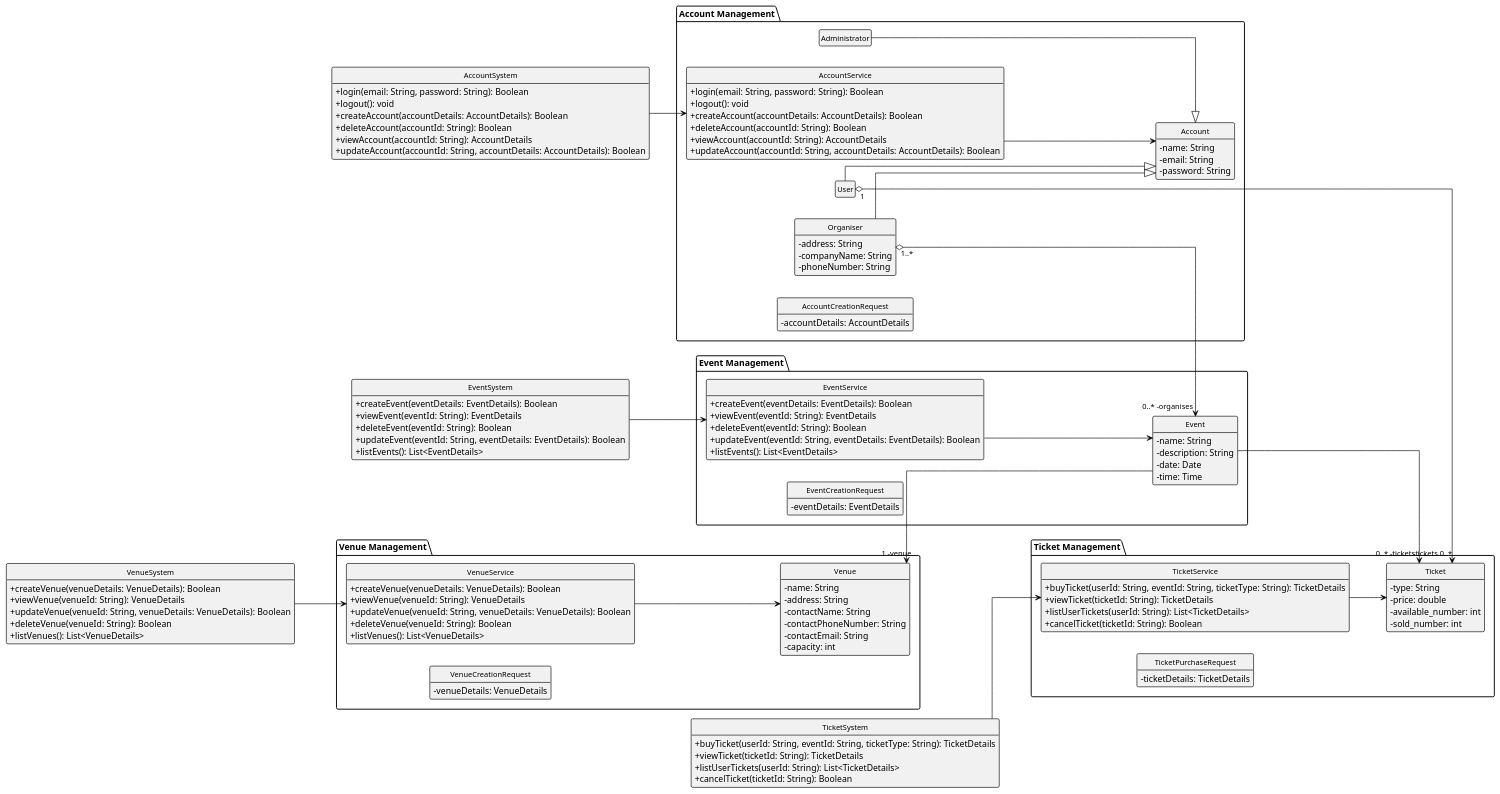
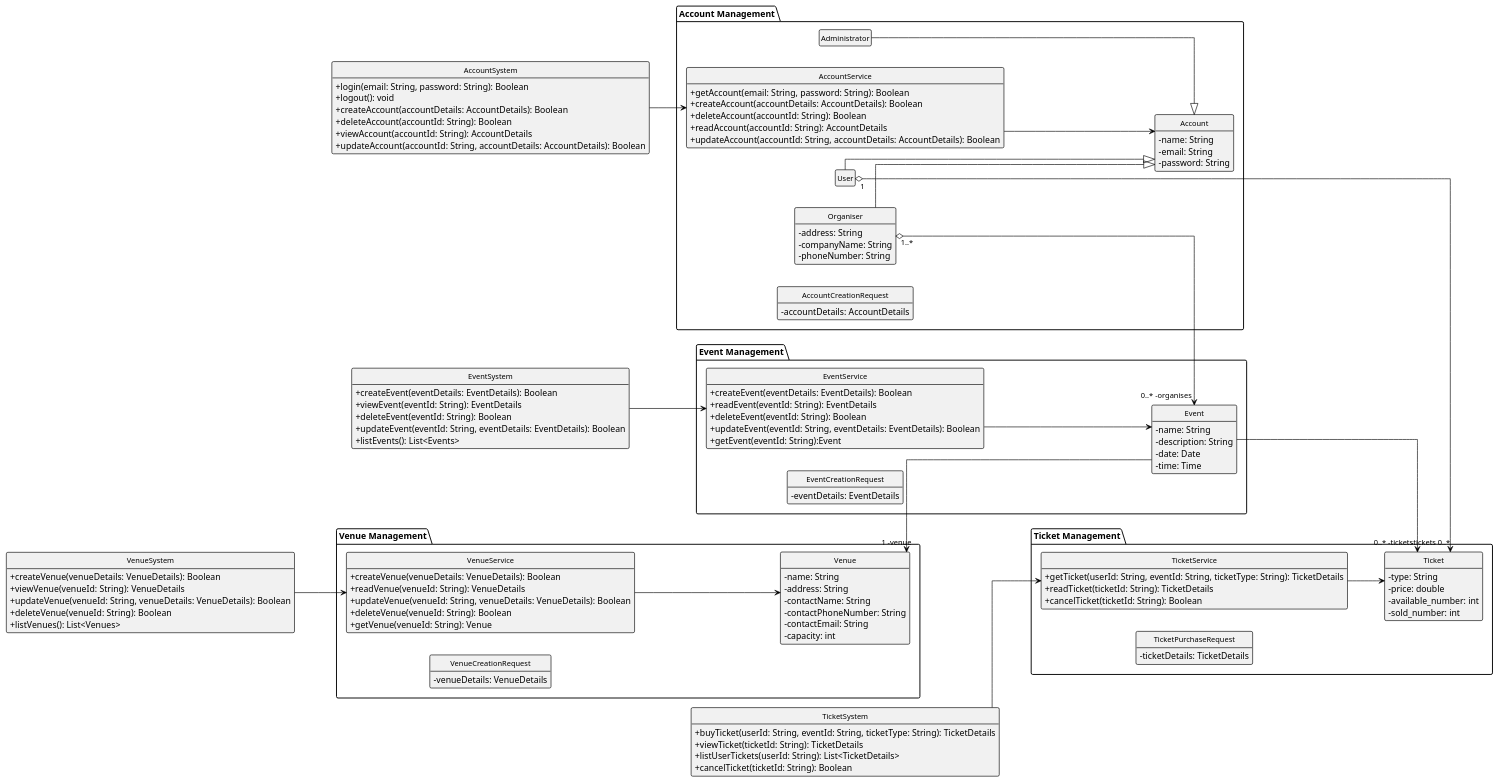
The diagram in 02-analysis/class-diagram/classDiagram.plantuml (MolimoWang/EventManagementSystem), drawn with PlantUML before and after one commit.

Commit message:
update class diagram

```diff
--- a/02-analysis/class-diagram/classDiagram.plantuml
+++ b/02-analysis/class-diagram/classDiagram.plantuml
@@ -1,179 +1,177 @@
 @startuml
 left to right direction
 skinparam monochrome true
 skinparam backgroundColor white
 skinparam shadowing false
 skinparam linetype ortho
 skinparam lineThickness 3   ' Thickness of line
 skinparam noteMargin 30     ' Margins for comments
 skinparam ranksep 100        ' Control vertical spacing
 skinparam nodesep 200        ' Control horizontal spacing
 skinparam classFontSize 12
 skinparam ArrowFontSize 12
 skinparam classBorderThickness 1
 skinparam classAttributeIconSize 0
 
 hide class circle
 hide empty members
 hide stereotypes
 
 skinparam class {
     BorderColor black
     ArrowColor black
     FontColor black
     FontName Arial
     FontSize 12
 }
 
 ' Account Management Group
 package "Account Management" {
     class Account {
         - name: String
         - email: String
         - password: String
     }
     class Administrator {
     }
     class Organiser {
         - address: String
         - companyName: String
         - phoneNumber: String
     }
     class User {
     }
 
     class AccountService {
-        +login(email: String, password: String): Boolean
-        +logout(): void
+        +getAccount(email: String, password: String): Boolean
         +createAccount(accountDetails: AccountDetails): Boolean
         +deleteAccount(accountId: String): Boolean
-        +viewAccount(accountId: String): AccountDetails
+        +readAccount(accountId: String): AccountDetails
         +updateAccount(accountId: String, accountDetails: AccountDetails): Boolean
     }
 
     class AccountCreationRequest {
         - accountDetails: AccountDetails
     }
 
     Administrator --|> Account
     Organiser --|> Account
     User --|> Account
     AccountService --> Account
 }
 
 ' Venue Management Group
 package "Venue Management" {
     class Venue {
         - name: String
         - address: String
         - contactName: String
         - contactPhoneNumber: String
         - contactEmail: String
         - capacity: int
     }
 
     class VenueService {
         +createVenue(venueDetails: VenueDetails): Boolean
-        +viewVenue(venueId: String): VenueDetails
+        +readVenue(venueId: String): VenueDetails
         +updateVenue(venueId: String, venueDetails: VenueDetails): Boolean
         +deleteVenue(venueId: String): Boolean
-        +listVenues(): List<VenueDetails>
+        +getVenue(venueId: String): Venue
     }
 
     class VenueCreationRequest {
         - venueDetails: VenueDetails
     }
 
     VenueService --> Venue
 }
 
 ' Event Management Group
 package "Event Management" {
     class Event {
         - name: String
         - description: String
         - date: Date
         - time: Time
     }
 
     class EventService {
         +createEvent(eventDetails: EventDetails): Boolean
-        +viewEvent(eventId: String): EventDetails
+        +readEvent(eventId: String): EventDetails
         +deleteEvent(eventId: String): Boolean
         +updateEvent(eventId: String, eventDetails: EventDetails): Boolean
-        +listEvents(): List<EventDetails>
+        +getEvent(eventId: String):Event
     }
 
     class EventCreationRequest {
         - eventDetails: EventDetails
     }
 
     Venue "1 -venue" <-- Event
     EventService --> Event
 }
 
 ' Ticket Management Group
 package "Ticket Management" {
     class Ticket {
         - type: String
         - price: double
         - available_number: int
         - sold_number: int
     }
 
     class TicketService {
-        +buyTicket(userId: String, eventId: String, ticketType: String): TicketDetails
-        +viewTicket(ticketId: String): TicketDetails
-        +listUserTickets(userId: String): List<TicketDetails>
+        +getTicket(userId: String, eventId: String, ticketType: String): TicketDetails
+        +readTicket(ticketId: String): TicketDetails
         +cancelTicket(ticketId: String): Boolean
     }
 
     class TicketPurchaseRequest {
         - ticketDetails: TicketDetails
     }
 
     Event --> "0..* -tickets" Ticket
     TicketService --> Ticket
 }
 
 ' System classes for each module
 class AccountSystem {
     +login(email: String, password: String): Boolean
     +logout(): void
     +createAccount(accountDetails: AccountDetails): Boolean
     +deleteAccount(accountId: String): Boolean
     +viewAccount(accountId: String): AccountDetails
     +updateAccount(accountId: String, accountDetails: AccountDetails): Boolean
 }
 AccountSystem --> AccountService
 
 class VenueSystem {
     +createVenue(venueDetails: VenueDetails): Boolean
     +viewVenue(venueId: String): VenueDetails
     +updateVenue(venueId: String, venueDetails: VenueDetails): Boolean
     +deleteVenue(venueId: String): Boolean
-    +listVenues(): List<VenueDetails>
+    +listVenues(): List<Venues>
 }
 VenueSystem --> VenueService
 
 class EventSystem {
     +createEvent(eventDetails: EventDetails): Boolean
     +viewEvent(eventId: String): EventDetails
     +deleteEvent(eventId: String): Boolean
     +updateEvent(eventId: String, eventDetails: EventDetails): Boolean
-    +listEvents(): List<EventDetails>
+    +listEvents(): List<Events>
 }
 EventSystem --> EventService
 
 class TicketSystem {
     +buyTicket(userId: String, eventId: String, ticketType: String): TicketDetails
     +viewTicket(ticketId: String): TicketDetails
     +listUserTickets(userId: String): List<TicketDetails>
     +cancelTicket(ticketId: String): Boolean
 }
 TicketSystem --> TicketService
 
 Organiser "1..*" o--> "0..* -organises" Event
 User "1" o--> "-tickets 0..*" Ticket
 
 @enduml
```
